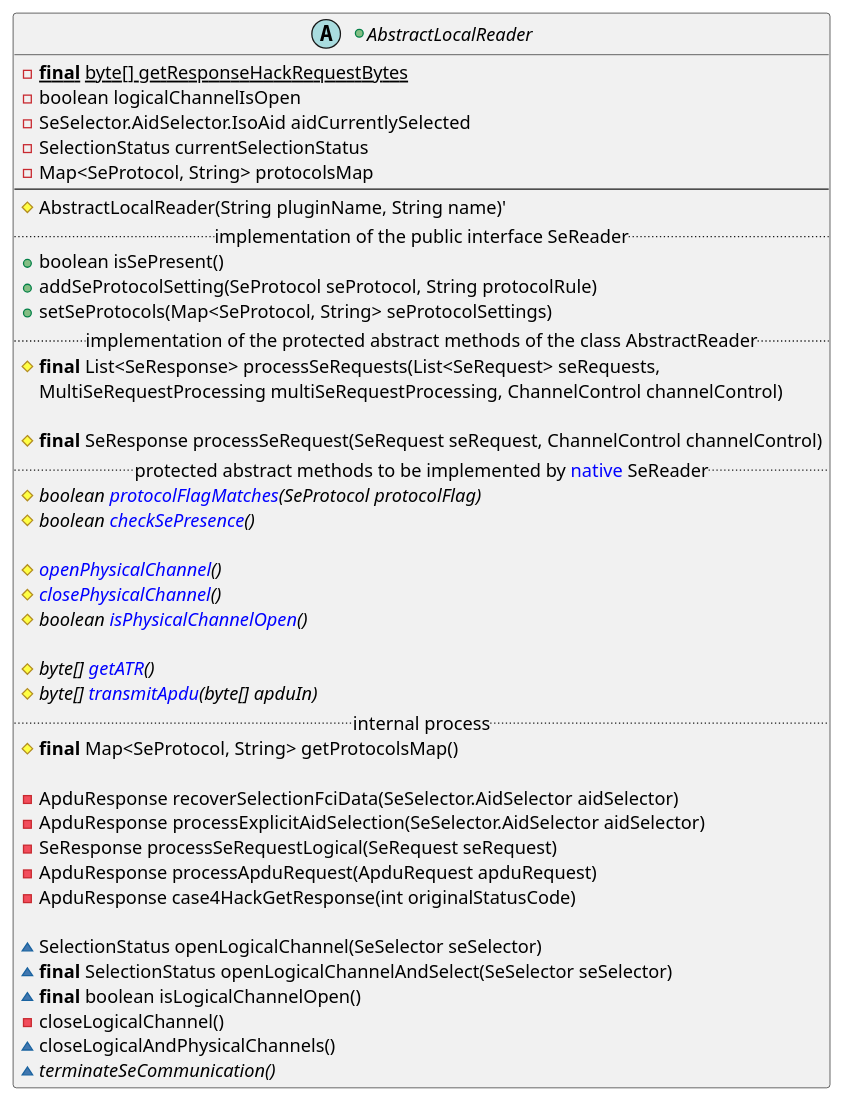
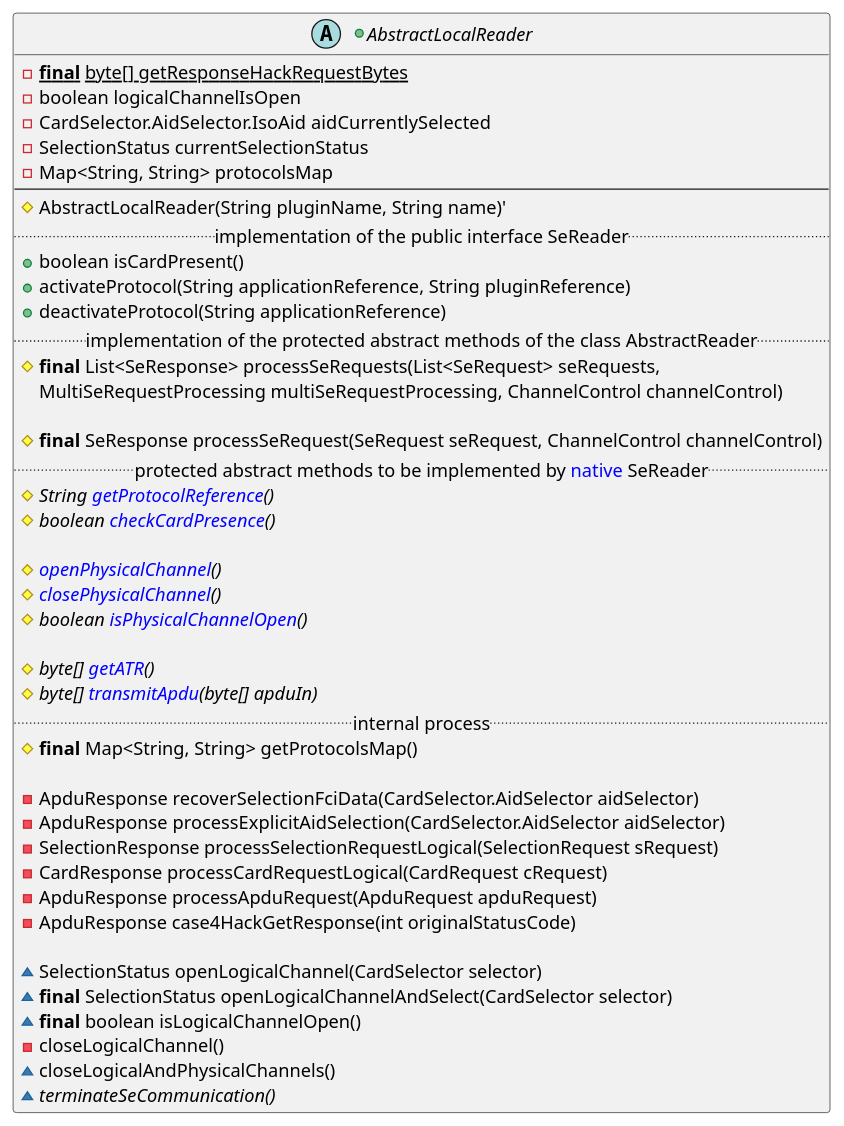
The ninth of 11 diagrams in src/KeypleCoreApi/puml/KeypleCore_Plugin_ClassDiag_ClassElements.iuml (calypsonet/keyple), drawn with PlantUML before and after one commit. The commit also changed other lines of this file and 10 other files, not shown here.

```diff
--- a/src/KeypleCoreApi/puml/KeypleCore_Plugin_ClassDiag_ClassElements.iuml
+++ b/src/KeypleCoreApi/puml/KeypleCore_Plugin_ClassDiag_ClassElements.iuml
@@ -136,51 +136,52 @@
 @startuml(id=PLUGIN_LOCALREADER_1_0_0)
 +abstract AbstractLocalReader {
   -{static}<b>final</b> byte[] getResponseHackRequestBytes
   -boolean logicalChannelIsOpen
-  -SeSelector.AidSelector.IsoAid aidCurrentlySelected
+  -CardSelector.AidSelector.IsoAid aidCurrentlySelected
   -SelectionStatus currentSelectionStatus
 '  -long before
-  -Map<SeProtocol, String> protocolsMap
+  -Map<String, String> protocolsMap
   --
   #AbstractLocalReader(String pluginName, String name)'
   .. implementation of the public interface SeReader ..
-'  +<b>final</b> boolean isSePresent()
-'  +<b>final</b> addSeProtocolSetting(SeProtocol seProtocol, String protocolRule)
-'  +<b>final</b> setSeProtocols(Map<SeProtocol, String> seProtocolSettings)
-  +boolean isSePresent()
-  +addSeProtocolSetting(SeProtocol seProtocol, String protocolRule)
-  +setSeProtocols(Map<SeProtocol, String> seProtocolSettings)
+'  +<b>final</b> +boolean isCardPresent()
+'  +<b>final</b> +activateProtocol(String applicationReference, String pluginReference)
+'  +<b>final</b> +deactivateProtocol(String applicationReference)
+  +boolean isCardPresent()
+  +activateProtocol(String applicationReference, String pluginReference)
+  +deactivateProtocol(String applicationReference)
 '
   .. implementation of the protected abstract methods of the class AbstractReader ..
   #<b>final</b> List<SeResponse> processSeRequests(List<SeRequest> seRequests,
     MultiSeRequestProcessing multiSeRequestProcessing, ChannelControl channelControl)
 
   #<b>final</b> SeResponse processSeRequest(SeRequest seRequest, ChannelControl channelControl)
 '
   .. protected abstract methods to be implemented by <color:blue>native</color> SeReader ..
-  #{abstract} boolean <color:blue>protocolFlagMatches</color>(SeProtocol protocolFlag)
-  #{abstract} boolean <color:blue>checkSePresence</color>()
+  #{abstract} String <color:blue>getProtocolReference</color>()
+  #{abstract} boolean <color:blue>checkCardPresence</color>()
 
   #{abstract} <color:blue>openPhysicalChannel</color>()
   #{abstract} <color:blue>closePhysicalChannel</color>()
   #{abstract} boolean <color:blue>isPhysicalChannelOpen</color>()
 
   #{abstract} byte[] <color:blue>getATR</color>()
   #{abstract} byte[] <color:blue>transmitApdu</color>(byte[] apduIn)
   .. internal process ..
-  #<b>final</b> Map<SeProtocol, String> getProtocolsMap()
+  #<b>final</b> Map<String, String> getProtocolsMap()
 
-  -ApduResponse recoverSelectionFciData(SeSelector.AidSelector aidSelector)
-  -ApduResponse processExplicitAidSelection(SeSelector.AidSelector aidSelector)
-  -SeResponse processSeRequestLogical(SeRequest seRequest)
+  -ApduResponse recoverSelectionFciData(CardSelector.AidSelector aidSelector)
+  -ApduResponse processExplicitAidSelection(CardSelector.AidSelector aidSelector)
+  -SelectionResponse processSelectionRequestLogical(SelectionRequest sRequest)
+  -CardResponse processCardRequestLogical(CardRequest cRequest)
   -ApduResponse processApduRequest(ApduRequest apduRequest)
   -ApduResponse case4HackGetResponse(int originalStatusCode)
 
-  ~SelectionStatus openLogicalChannel(SeSelector seSelector)
-  ~<b>final</b> SelectionStatus openLogicalChannelAndSelect(SeSelector seSelector)
+  ~SelectionStatus openLogicalChannel(CardSelector selector)
+  ~<b>final</b> SelectionStatus openLogicalChannelAndSelect(CardSelector selector)
   ~<b>final</b> boolean isLogicalChannelOpen()
   -closeLogicalChannel()
   ~closeLogicalAndPhysicalChannels()
   ~{abstract} terminateSeCommunication()
 }
 @enduml
```
